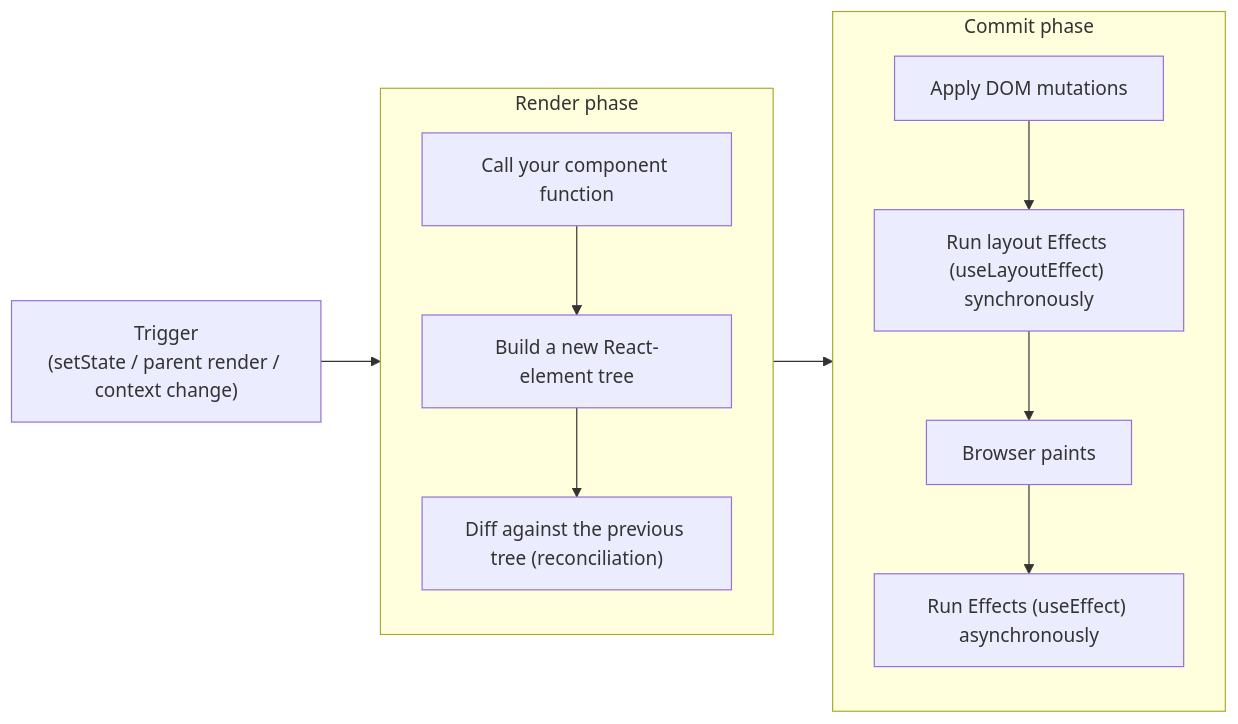
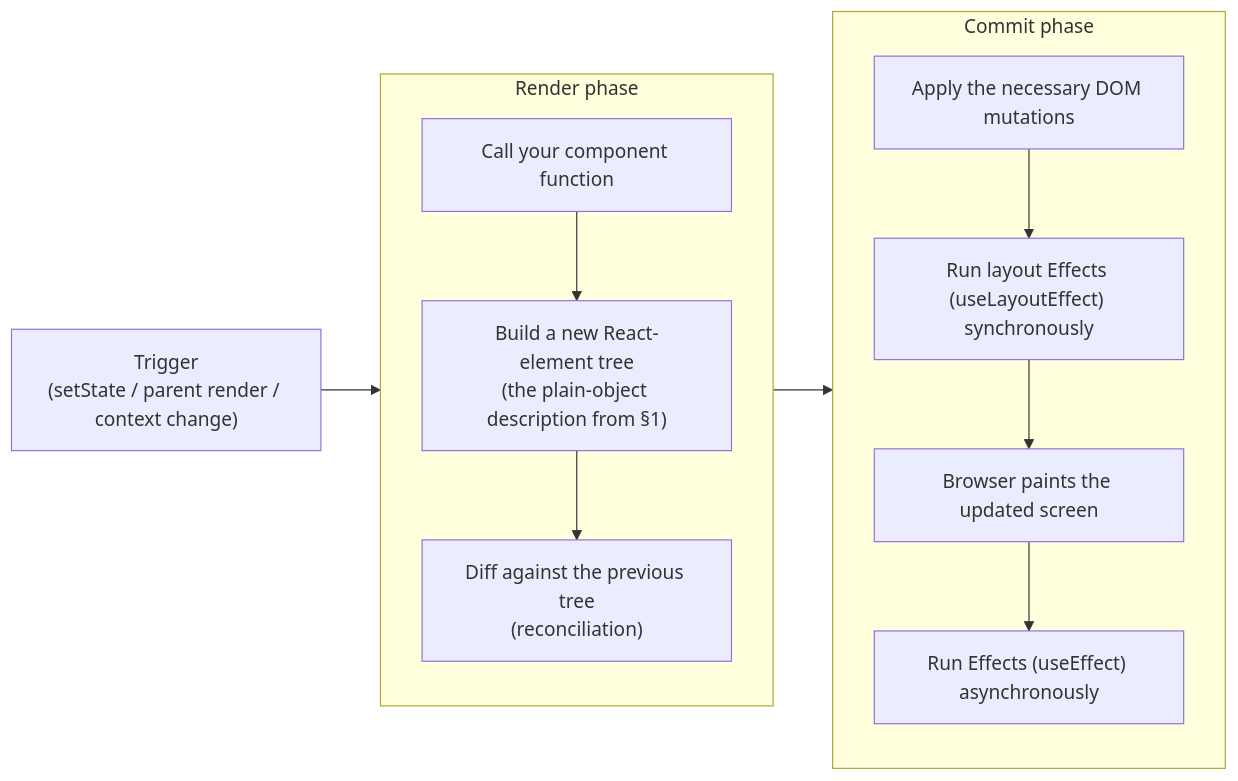
One commit to tushardongre1990/Claude-React changed the third of 5 diagrams in notes/01-foundations/README.md. Above: the diagram before and after it, drawn with Mermaid. The commit also changed other lines of this file and 2 other files, not shown here.

````diff
--- a/notes/01-foundations/README.md
+++ b/notes/01-foundations/README.md
@@ -133,20 +450,20 @@
 ```mermaid
 flowchart LR
     trigger["Trigger\n(setState / parent render / context change)"] --> render
     subgraph render["Render phase"]
         direction TB
         r1["Call your component function"]
-        r2["Build a new React-element tree"]
-        r3["Diff against the previous tree (reconciliation)"]
+        r2["Build a new React-element tree\n(the plain-object description from §1)"]
+        r3["Diff against the previous tree\n(reconciliation)"]
         r1 --> r2 --> r3
     end
     render --> commit
     subgraph commit["Commit phase"]
         direction TB
-        c1["Apply DOM mutations"]
+        c1["Apply the necessary DOM mutations"]
         c2["Run layout Effects (useLayoutEffect) synchronously"]
-        c3["Browser paints"]
+        c3["Browser paints the updated screen"]
         c4["Run Effects (useEffect) asynchronously"]
         c1 --> c2 --> c3 --> c4
     end
 ```
````
